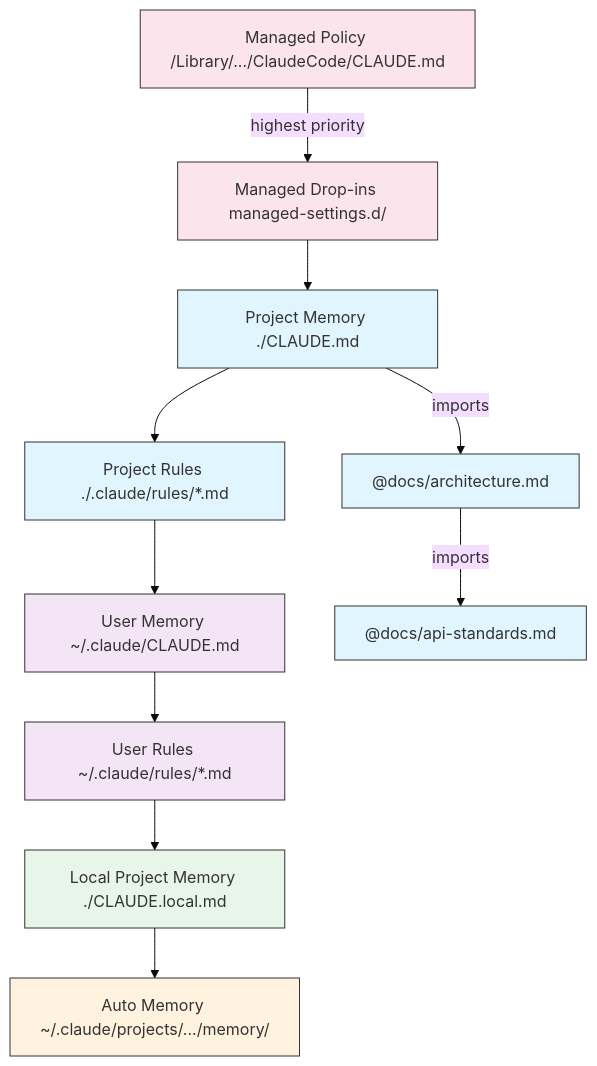
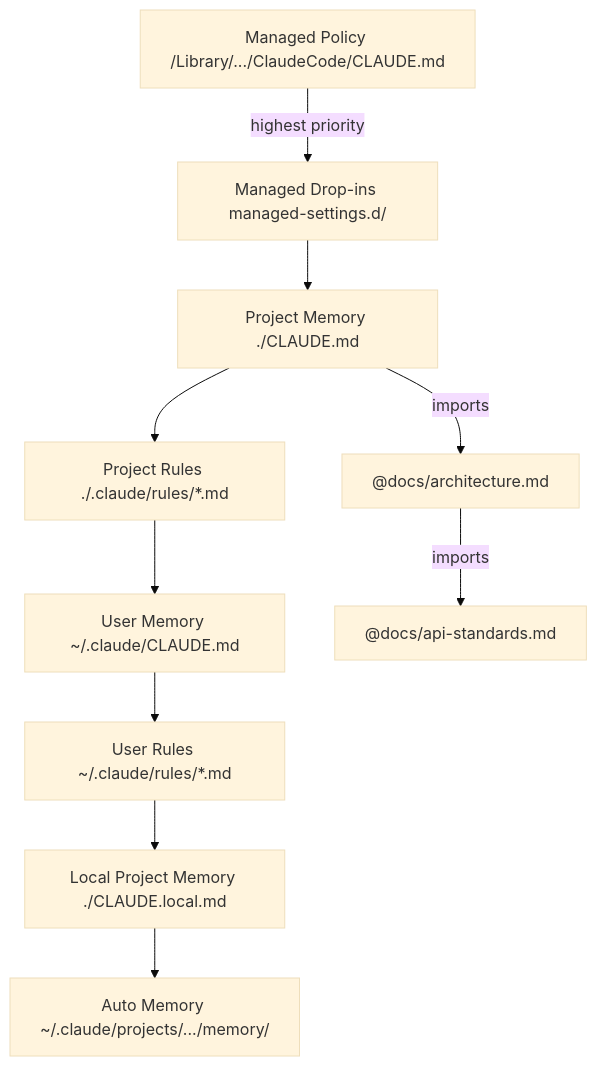
Before and after one commit to Rx782-Fss/claude-howto-zh: the second of 5 diagrams in claude-howto-zh/02-memory/README.md, drawn with Mermaid (base theme). The commit also changed other lines of this file and 9 other files, not shown here.

Commit message:
fix: 清除 Mermaid style 行(105处)和节点标签数字列表格式(17处)，修复 Obsidian/GitHub 'Unsupported markdown: list' 渲染错误

````diff
--- a/claude-howto-zh/02-memory/README.md
+++ b/claude-howto-zh/02-memory/README.md
@@ -260,24 +260,14 @@
 ```mermaid
 graph TD
     A["Managed Policy /Library/.../ClaudeCode/CLAUDE.md"] -->|highest priority| A2["Managed Drop-ins managed-settings.d/"]
     A2 --> B["Project Memory ./CLAUDE.md"]
     B --> C["Project Rules ./.claude/rules/*.md"]
     C --> D["User Memory ~/.claude/CLAUDE.md"]
     D --> E["User Rules ~/.claude/rules/*.md"]
     E --> F["Local Project Memory ./CLAUDE.local.md"]
     F --> G["Auto Memory ~/.claude/projects/.../memory/"]
 
     B -->|imports| H["@docs/architecture.md"]
     H -->|imports| I["@docs/api-standards.md"]
 
-    style A fill:#fce4ec,stroke:#333,color:#333
-    style A2 fill:#fce4ec,stroke:#333,color:#333
-    style B fill:#e1f5fe,stroke:#333,color:#333
-    style C fill:#e1f5fe,stroke:#333,color:#333
-    style D fill:#f3e5f5,stroke:#333,color:#333
-    style E fill:#f3e5f5,stroke:#333,color:#333
-    style F fill:#e8f5e9,stroke:#333,color:#333
-    style G fill:#fff3e0,stroke:#333,color:#333
-    style H fill:#e1f5fe,stroke:#333,color:#333
-    style I fill:#e1f5fe,stroke:#333,color:#333
 ```
````
